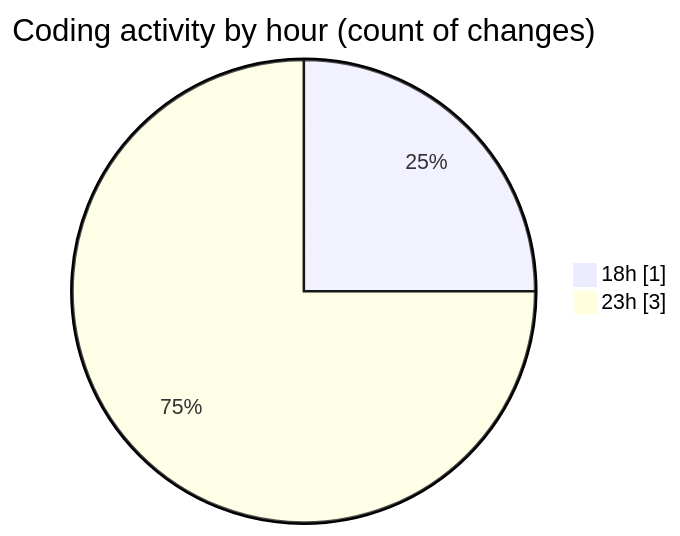
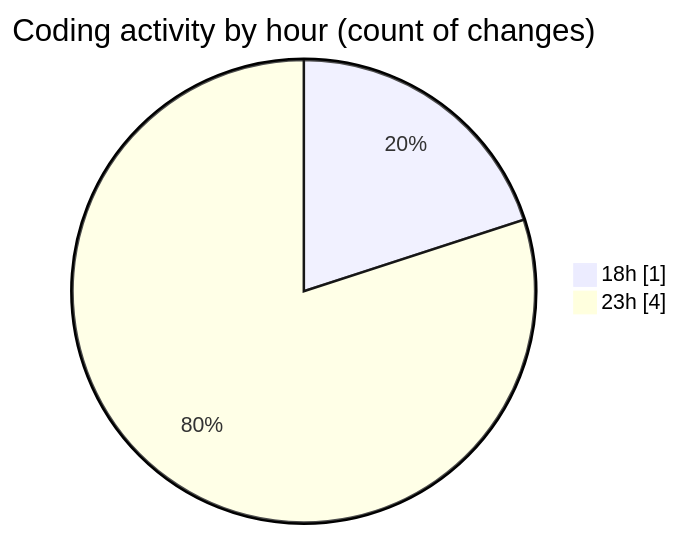
One commit to BS-eng2023/code-tracking changed the second of 2 diagrams in 2025-03-17/nodejs/README.md. Above: the diagram before and after it, drawn with Mermaid. The commit also changed other lines of this file and 1 other file, not shown here.

````diff
--- a/2025-03-17/nodejs/README.md
+++ b/2025-03-17/nodejs/README.md
@@ -31,6 +33,6 @@
 ```mermaid
 pie showData
 title Coding activity by hour (count of changes)
 "18h" : 1
-"23h" : 3
+"23h" : 4
 ```
````
